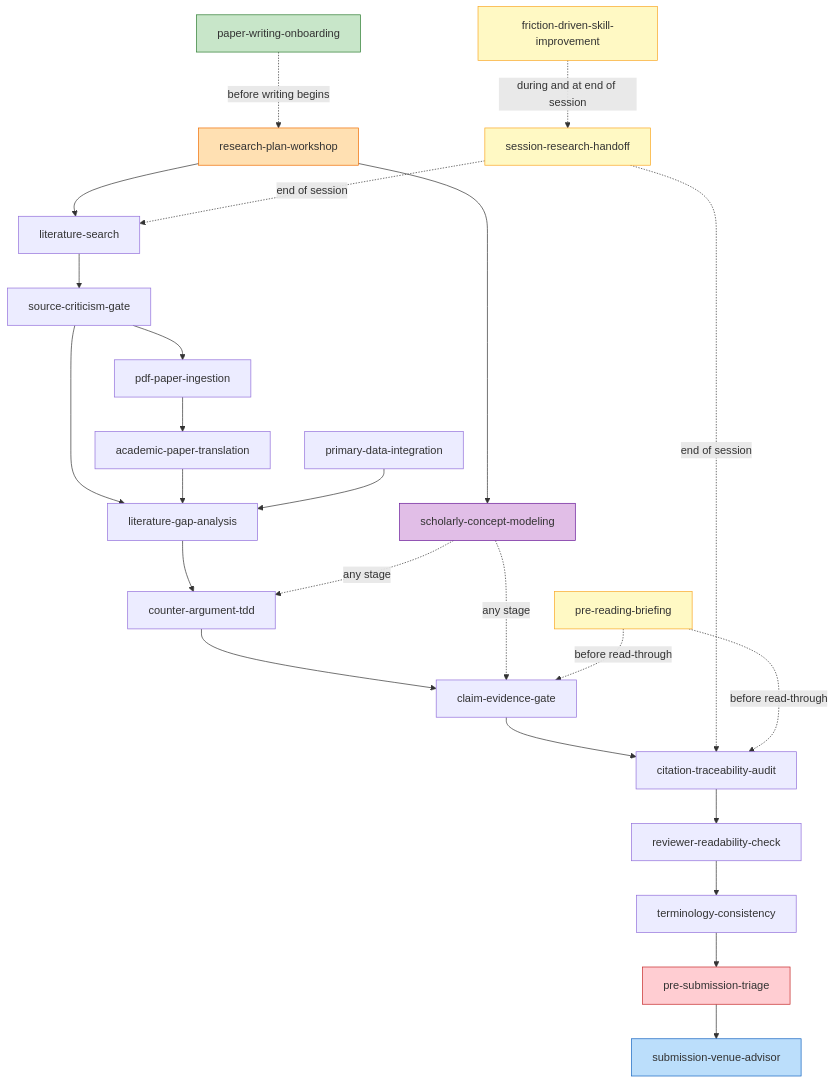
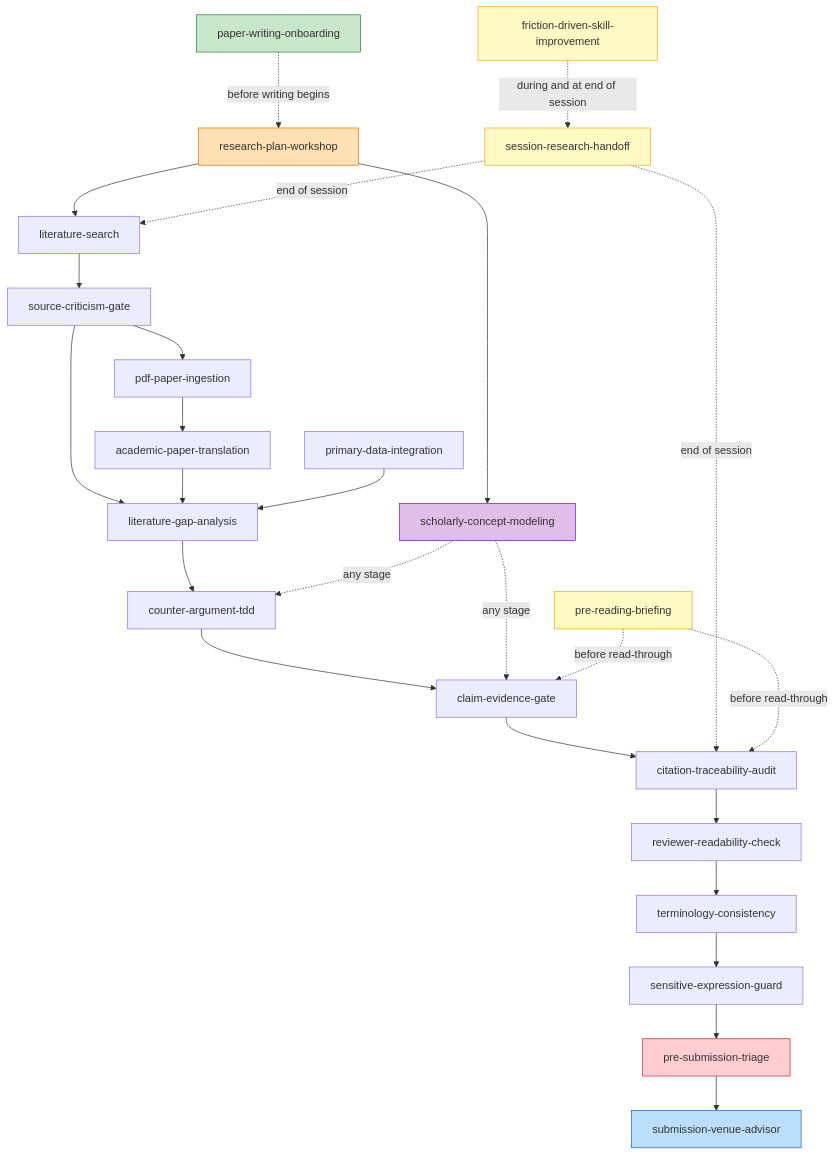
One commit to hideshi/scholarly-agent-skills changed the diagram in skills/en/README.md. Above: the diagram before and after it, drawn with Mermaid. The commit also changed other lines of this file and 7 other files, not shown here.

````diff
--- a/skills/en/README.md
+++ b/skills/en/README.md
@@ -38,36 +39,37 @@
 ```mermaid
 graph TD
     K[paper-writing-onboarding] -.->|before writing begins| RP
     RP[research-plan-workshop] --> A
     RP --> F
     A[literature-search] --> SC[source-criticism-gate]
     SC --> B[pdf-paper-ingestion]
     B --> C[academic-paper-translation]
     SC --> E[literature-gap-analysis]
     C --> E
     D[primary-data-integration] --> E
     E --> G[counter-argument-tdd]
     G --> H[claim-evidence-gate]
     H --> I[citation-traceability-audit]
     I --> RR[reviewer-readability-check]
     RR --> TC[terminology-consistency]
-    TC --> PT[pre-submission-triage]
+    TC --> SE[sensitive-expression-guard]
+    SE --> PT[pre-submission-triage]
     PT --> L[submission-venue-advisor]
 
     F[scholarly-concept-modeling] -.->|any stage| G
     F -.->|any stage| H
     J[session-research-handoff] -.->|end of session| A
     J -.->|end of session| I
     PR[pre-reading-briefing] -.->|before read-through| H
     PR -.->|before read-through| I
     FD[friction-driven-skill-improvement] -.->|during and at end of session| J
 
     style K fill:#c8e6c9,stroke:#2e7d32
     style RP fill:#ffe0b2,stroke:#ef6c00
     style F fill:#e1bee7,stroke:#6a1b9a
     style J fill:#fff9c4,stroke:#f9a825
     style PR fill:#fff9c4,stroke:#f9a825
     style FD fill:#fff9c4,stroke:#f9a825
     style PT fill:#ffcdd2,stroke:#c62828
     style L fill:#bbdefb,stroke:#1565c0
 ```
````
